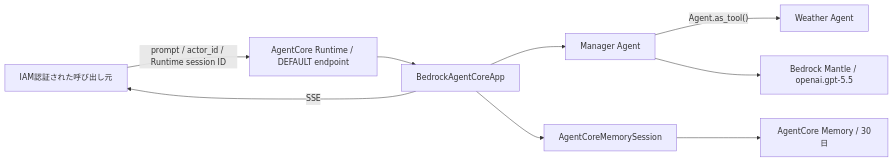
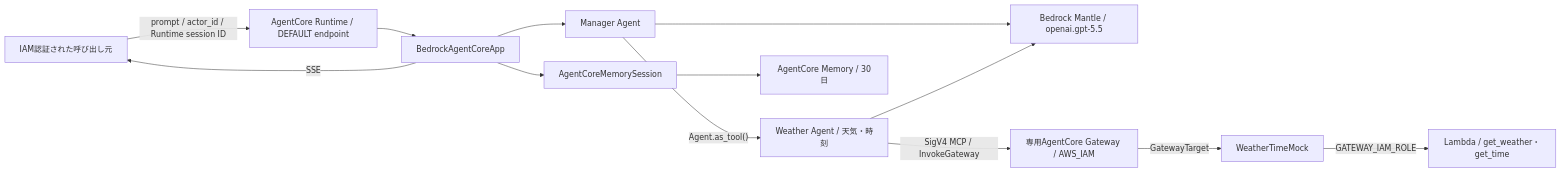
The first of 2 diagrams in docs/Agent/README.md (rafty/OpenAIAgentCore-base), drawn with Mermaid before and after one commit. The commit also changed other lines of this file and 35 other files, not shown here.

First line of the commit message:
feat(weather): AgentCore Gateway経由のWeather／Time Toolを統合

````diff
--- a/docs/Agent/README.md
+++ b/docs/Agent/README.md
@@ -7,11 +9,15 @@
 ```mermaid
 flowchart LR
     Caller["IAM認証された呼び出し元"] -->|"prompt / actor_id / Runtime session ID"| Runtime["AgentCore Runtime / DEFAULT endpoint"]
     Runtime --> App["BedrockAgentCoreApp"]
     App --> Manager["Manager Agent"]
-    Manager -->|"Agent.as_tool()"| Weather["Weather Agent"]
+    Manager -->|"Agent.as_tool()"| Weather["Weather Agent / 天気・時刻"]
     Manager --> Model["Bedrock Mantle / openai.gpt-5.5"]
+    Weather --> Model
+    Weather -->|"SigV4 MCP / InvokeGateway"| Gateway["専用AgentCore Gateway / AWS_IAM"]
+    Gateway -->|"GatewayTarget"| Target["WeatherTimeMock"]
+    Target -->|"GATEWAY_IAM_ROLE"| Lambda["Lambda / get_weather・get_time"]
     App --> Session["AgentCoreMemorySession"]
     Session --> Memory["AgentCore Memory / 30日"]
     App -->|"SSE"| Caller
 ```
````
